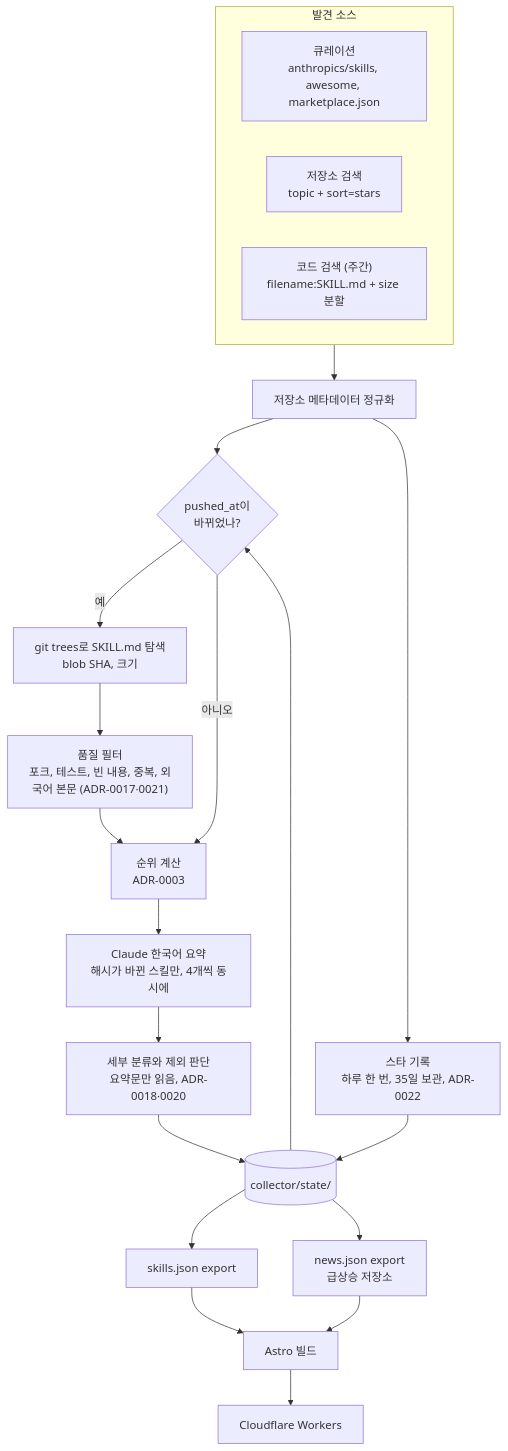
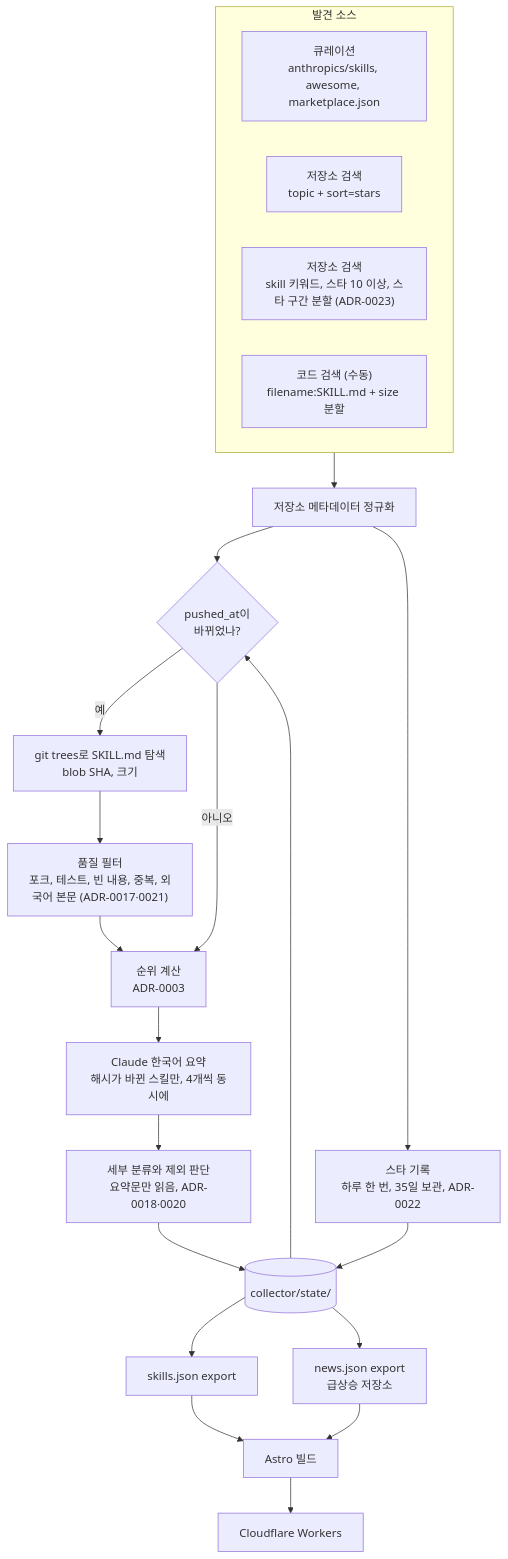
Before and after one commit to jhs3104/skillmoa: the first of 2 diagrams in docs/data-flow.md, drawn with Mermaid. The commit also changed other lines of this file and 10 other files, not shown here.

````diff
--- a/docs/data-flow.md
+++ b/docs/data-flow.md
@@ -3,26 +3,27 @@
 ```mermaid
 flowchart TD
     subgraph sources["발견 소스"]
         curated["큐레이션<br/>anthropics/skills, awesome, marketplace.json"]
         topics["저장소 검색<br/>topic + sort=stars"]
-        code["코드 검색 (주간)<br/>filename:SKILL.md + size 분할"]
+        search["저장소 검색<br/>skill 키워드, 스타 10 이상, 스타 구간 분할 (ADR-0023)"]
+        code["코드 검색 (수동)<br/>filename:SKILL.md + size 분할"]
     end
     state[("collector/state/")]
     sources --> metadata["저장소 메타데이터 정규화"]
     metadata --> gate{"pushed_at이<br/>바뀌었나?"}
     state --> gate
     gate -- 예 --> tree["git trees로 SKILL.md 탐색<br/>blob SHA, 크기"]
     gate -- 아니오 --> rank
     tree --> filter["품질 필터<br/>포크, 테스트, 빈 내용, 중복, 외국어 본문 (ADR-0017·0021)"]
     filter --> rank["순위 계산<br/>ADR-0003"]
     rank --> summarize["Claude 한국어 요약<br/>해시가 바뀐 스킬만, 4개씩 동시에"]
     summarize --> classify["세부 분류와 제외 판단<br/>요약문만 읽음, ADR-0018·0020"]
     classify --> state
     metadata --> stars["스타 기록<br/>하루 한 번, 35일 보관, ADR-0022"]
     stars --> state
     state --> export["skills.json export"]
     export --> site["Astro 빌드"]
     state --> news["news.json export<br/>급상승 저장소"]
     news --> site
     site --> workers["Cloudflare Workers"]
 ```
````
